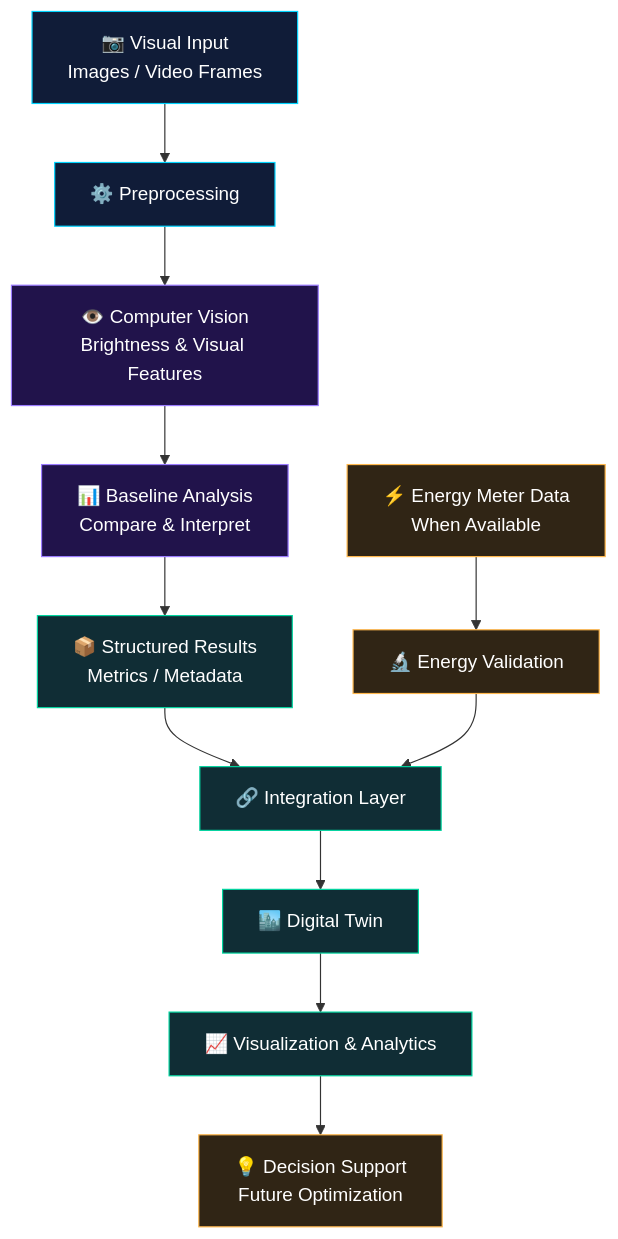
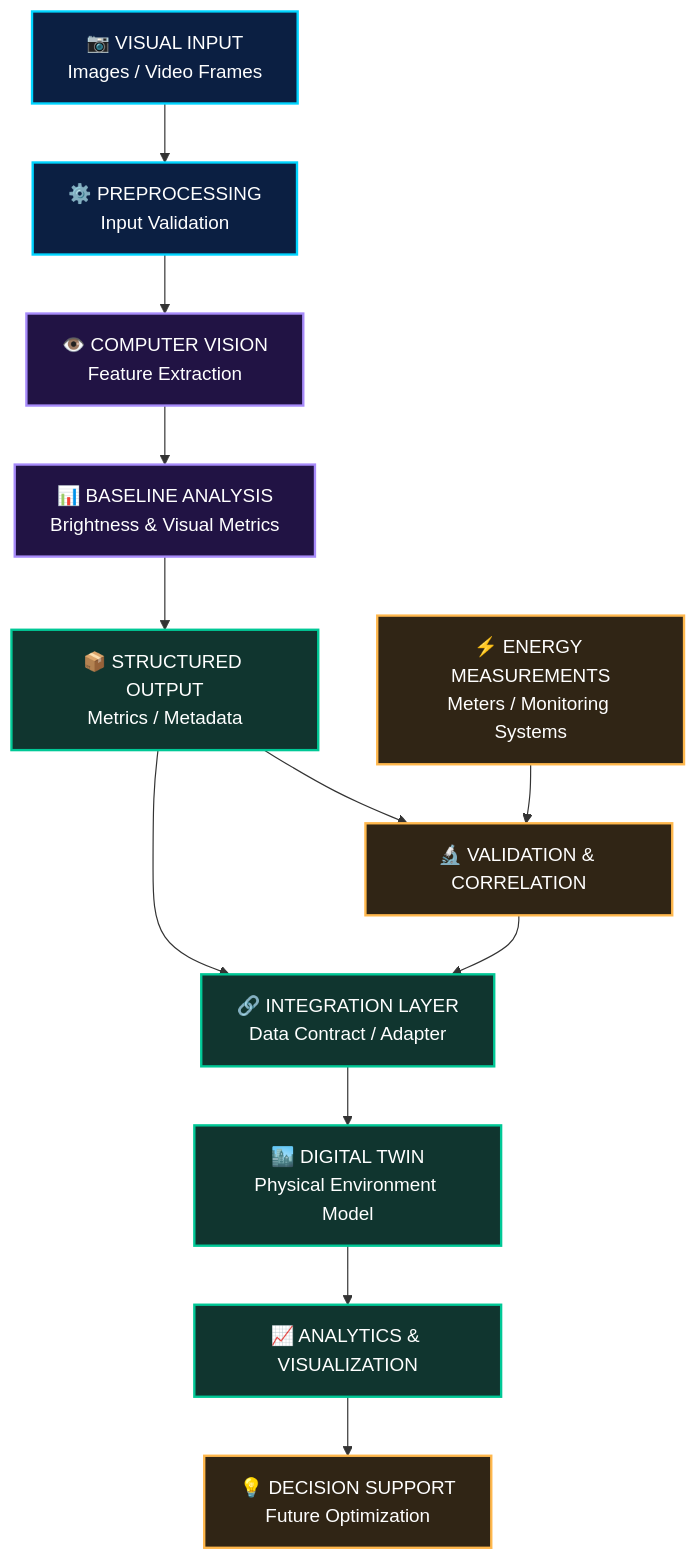
Before and after one commit to Shreyas0777/Code_Clash: the diagram in README.md, drawn with Mermaid. The commit also changed other lines of this file, not shown here.

````diff
--- a/README.md
+++ b/README.md
@@ -107,24 +94,31 @@
 ```mermaid
 flowchart TD
-    A["📷 Visual Input<br/>Images / Video Frames"] --> B["⚙️ Preprocessing"]
-    B --> C["👁️ Computer Vision<br/>Brightness & Visual Features"]
-    C --> D["📊 Baseline Analysis<br/>Compare & Interpret"]
-    D --> E["📦 Structured Results<br/>Metrics / Metadata"]
-    E --> F["🔗 Integration Layer"]
-    F --> G["🏙️ Digital Twin"]
-    G --> H["📈 Visualization & Analytics"]
-    H --> I["💡 Decision Support<br/>Future Optimization"]
+    A["📷 VISUAL INPUT<br/>Images / Video Frames"]
+    B["⚙️ PREPROCESSING<br/>Input Validation"]
+    C["👁️ COMPUTER VISION<br/>Feature Extraction"]
+    D["📊 BASELINE ANALYSIS<br/>Brightness & Visual Metrics"]
+    E["📦 STRUCTURED OUTPUT<br/>Metrics / Metadata"]
+    F["🔗 INTEGRATION LAYER<br/>Data Contract / Adapter"]
+    G["🏙️ DIGITAL TWIN<br/>Physical Environment Model"]
+    H["📈 ANALYTICS & VISUALIZATION"]
+    I["💡 DECISION SUPPORT<br/>Future Optimization"]
 
-    J["⚡ Energy Meter Data<br/>When Available"] --> K["🔬 Energy Validation"]
+    J["⚡ ENERGY MEASUREMENTS<br/>Meters / Monitoring Systems"]
+    K["🔬 VALIDATION & CORRELATION"]
+
+    A --> B --> C --> D --> E --> F
+    J --> K
+    E --> K
     K --> F
+    F --> G --> H --> I
 
-    classDef input fill:#101C38,stroke:#00D4FF,color:#FFFFFF
-    classDef ai fill:#21134B,stroke:#9B7CFF,color:#FFFFFF
-    classDef data fill:#102D35,stroke:#00D6A0,color:#FFFFFF
-    classDef future fill:#302515,stroke:#FFB84D,color:#FFFFFF
+    classDef input fill:#0B1F42,stroke:#00D4FF,color:#FFFFFF,stroke-width:2px
+    classDef vision fill:#211344,stroke:#A78BFA,color:#FFFFFF,stroke-width:2px
+    classDef data fill:#10352F,stroke:#00C896,color:#FFFFFF,stroke-width:2px
+    classDef future fill:#302515,stroke:#FFB84D,color:#FFFFFF,stroke-width:2px
 
     class A,B input
-    class C,D ai
+    class C,D vision
     class E,F,G,H data
     class I,J,K future
 ```
````
